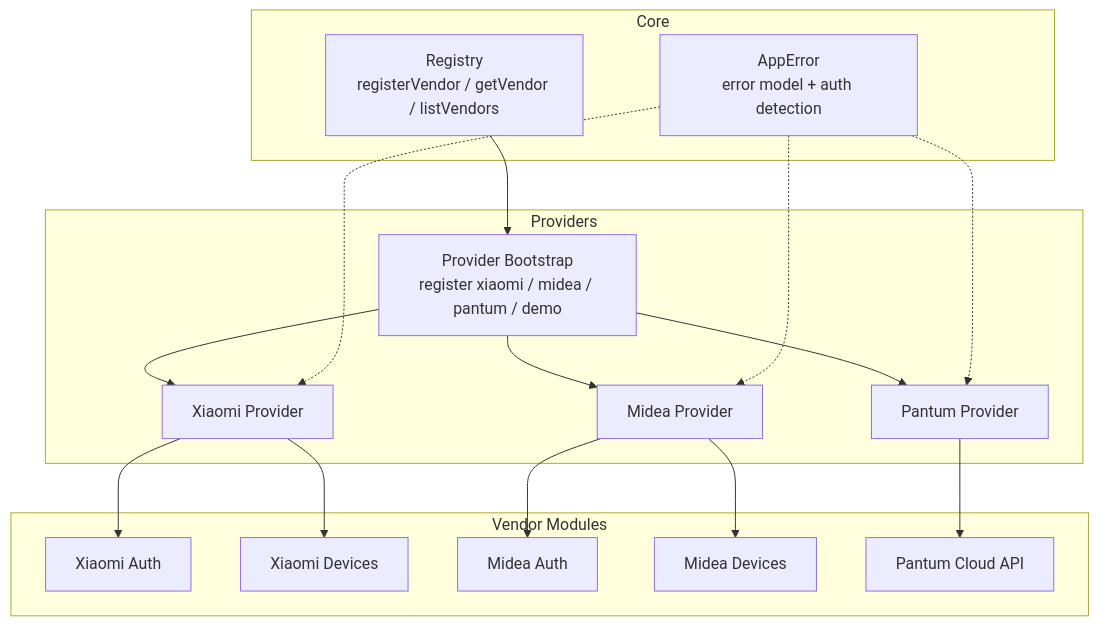
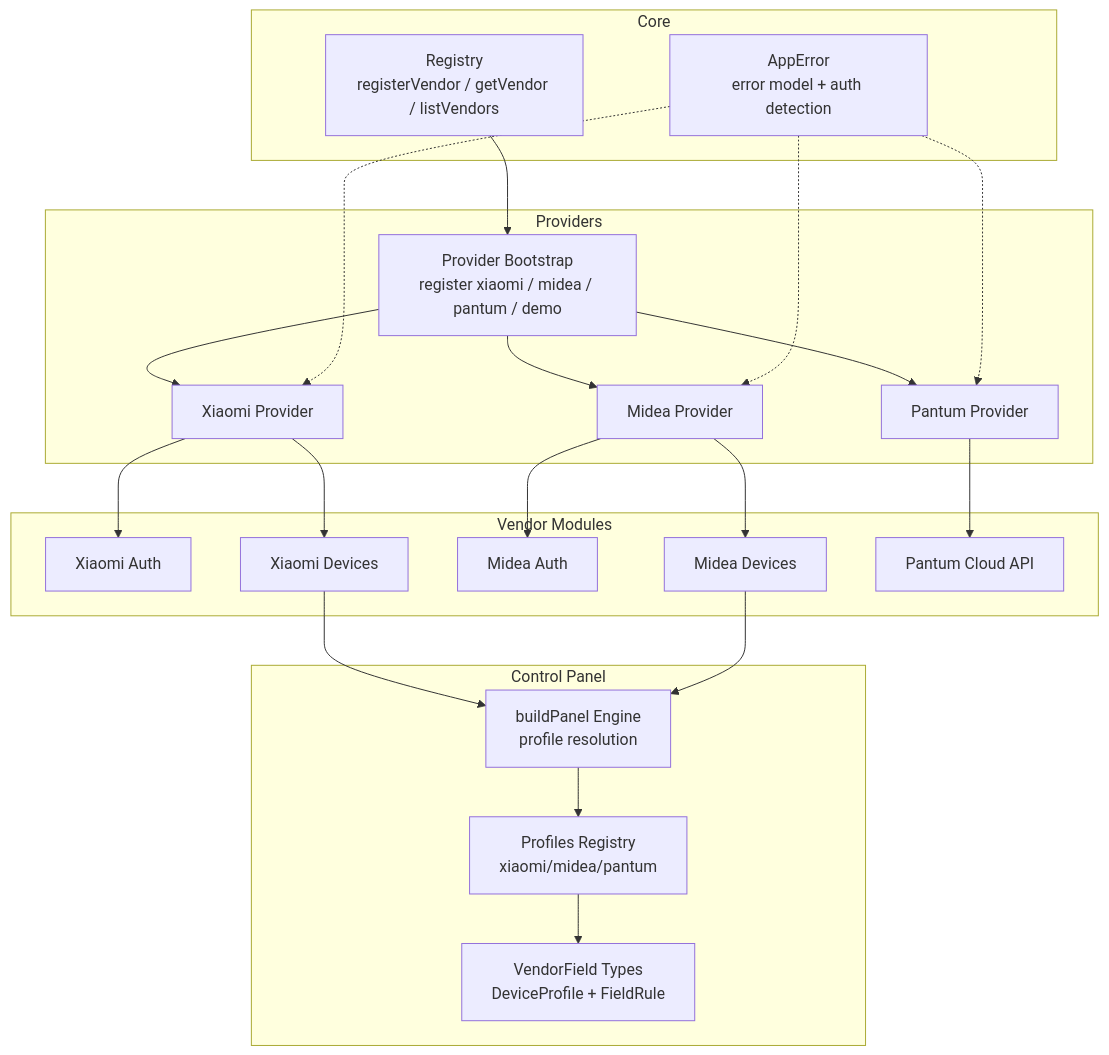
Before and after one commit to dlutwuwei/mihome-web: the first of 10 diagrams in .qoder/repowiki/en/content/Architecture Overview/Provider System Architecture.md, drawn with Mermaid. The commit also changed other lines of this file and 84 other files, not shown here.

````diff
--- a/.qoder/repowiki/en/content/Architecture Overview/Provider System Architecture.md
+++ b/.qoder/repowiki/en/content/Architecture Overview/Provider System Architecture.md
@@ -44,32 +59,41 @@
 ```mermaid
 graph TB
 subgraph "Core"
 REG["Registry<br/>registerVendor / getVendor / listVendors"]
 ERR["AppError<br/>error model + auth detection"]
 end
 subgraph "Providers"
 IDX["Provider Bootstrap<br/>register xiaomi / midea / pantum / demo"]
 XIA["Xiaomi Provider"]
 MID["Midea Provider"]
 PAN["Pantum Provider"]
+end
+subgraph "Control Panel"
+TYPES["VendorField Types<br/>DeviceProfile + FieldRule"]
+PANEL["buildPanel Engine<br/>profile resolution"]
+PROFILES["Profiles Registry<br/>xiaomi/midea/pantum"]
 end
 subgraph "Vendor Modules"
 XAUTH["Xiaomi Auth"]
 XDEV["Xiaomi Devices"]
 MAUTH["Midea Auth"]
 MDEV["Midea Devices"]
 PCLOUD["Pantum Cloud API"]
 end
 REG --> IDX
 IDX --> XIA
 IDX --> MID
 IDX --> PAN
 XIA --> XAUTH
 XIA --> XDEV
 MID --> MAUTH
 MID --> MDEV
 PAN --> PCLOUD
+XDEV --> PANEL
+MDEV --> PANEL
+PANEL --> PROFILES
+PROFILES --> TYPES
 ERR -.-> XIA
 ERR -.-> MID
 ERR -.-> PAN
 ```
````
